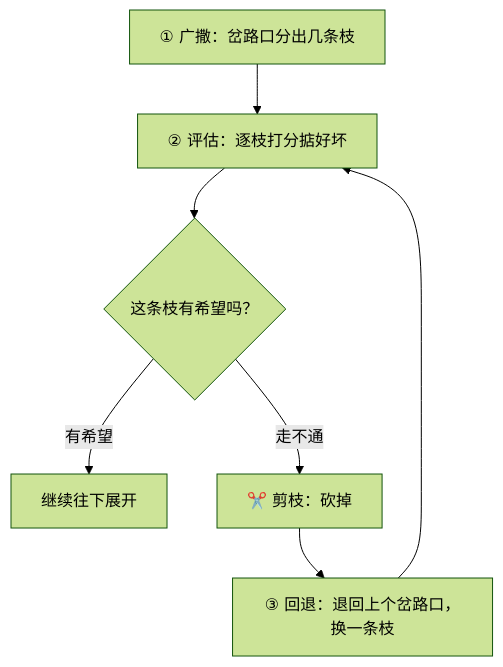
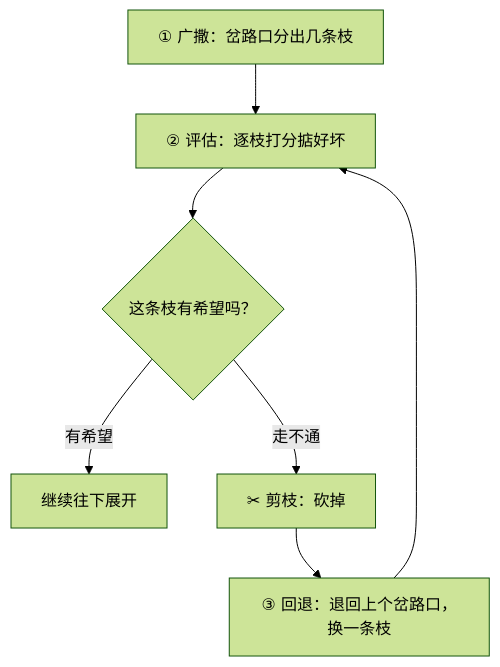
One commit to luckykhy/KhyAiHub changed the third of 6 diagrams in docs/02_CONCEPTS_概念入门/CONCEPT/[CONCEPT-24] 什么是思维树-TreeOfThoughts.md. Above: the diagram before and after it, drawn with Mermaid (forest theme). The commit also changed other lines of this file, not shown here.

````diff
--- a/docs/02_CONCEPTS_概念入门/CONCEPT/[CONCEPT-24] 什么是思维树-TreeOfThoughts.md
+++ b/docs/02_CONCEPTS_概念入门/CONCEPT/[CONCEPT-24] 什么是思维树-TreeOfThoughts.md
@@ -104,9 +104,9 @@
 ```mermaid
 flowchart TB
   A["① 广撒：岔路口分出几条枝"] --> B["② 评估：逐枝打分掂好坏"]
   B --> C{"这条枝有希望吗？"}
   C -->|"有希望"| D["继续往下展开"]
-  C -->|"走不通"| E["✂️ 剪枝：砍掉"]
+  C -->|"走不通"| E["✂ 剪枝：砍掉"]
   E --> F["③ 回退：退回上个岔路口，换一条枝"]
   F --> B
 ```
````
